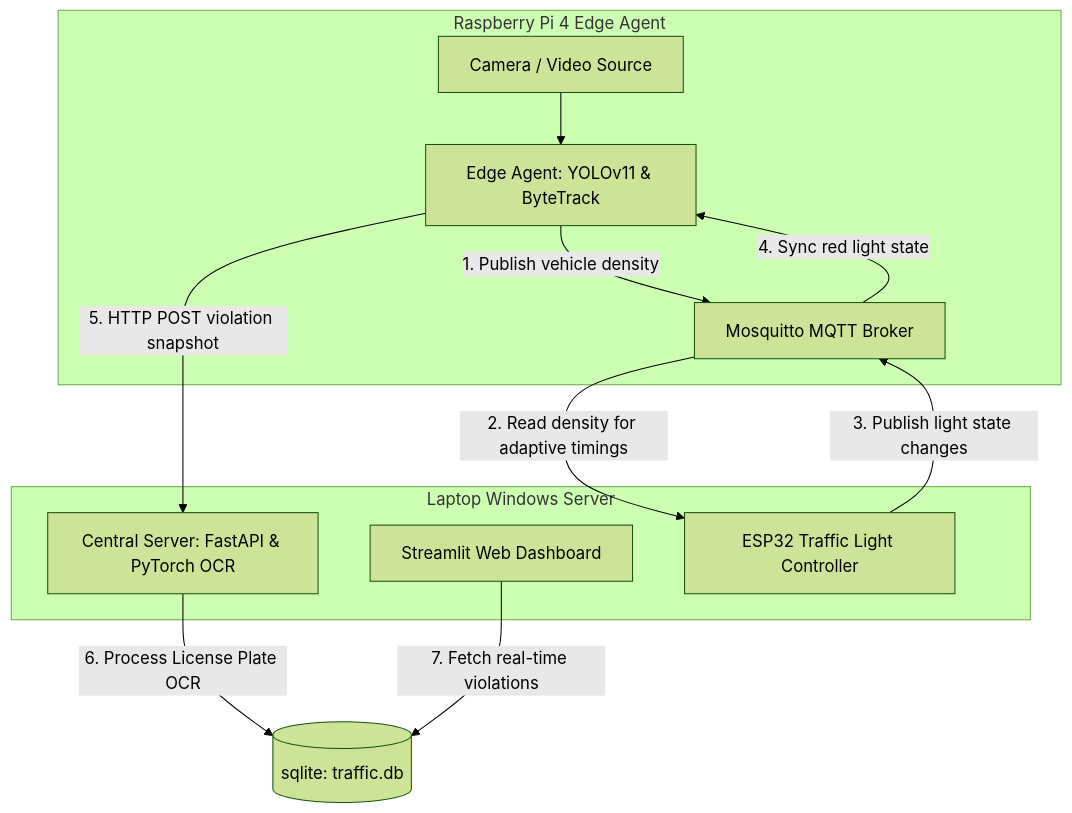
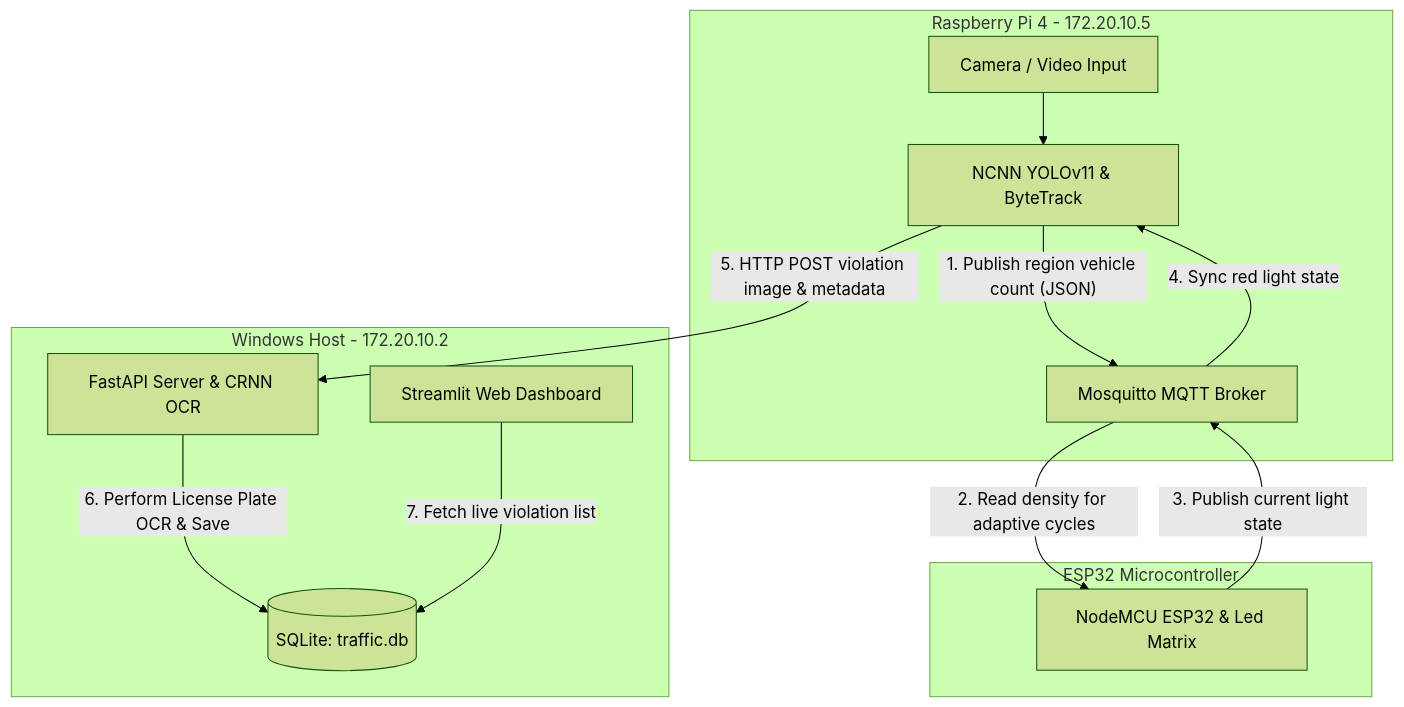
The diagram in README.md (khoitiennguyen0511/traffic_monitoring_vn), drawn with Mermaid (forest theme) before and after one commit. The commit also changed other lines of this file, not shown here.

````diff
--- a/README.md
+++ b/README.md
@@ -8,21 +11,25 @@
 ```mermaid
 graph TD
-    subgraph Edge_Devices [Raspberry Pi 4 Edge Agent]
-        Camera[Camera / Video Source] --> Agent[Edge Agent: YOLOv11 & ByteTrack]
-        MQTT[Mosquitto MQTT Broker]
+    subgraph Edge_Agent [Raspberry Pi 4 - 172.20.10.5]
+        Camera[Camera / Video Input] --> Detection[NCNN YOLOv11 & ByteTrack]
+        MQTTBroker[Mosquitto MQTT Broker]
     end
 
-    subgraph Central_Server [Laptop Windows Server]
-        FastAPI[Central Server: FastAPI & PyTorch OCR]
+    subgraph Central_Laptop [Windows Host - 172.20.10.2]
+        FastAPI[FastAPI Server & CRNN OCR]
         Dashboard[Streamlit Web Dashboard]
-        ESP32[ESP32 Traffic Light Controller]
+        DB[(SQLite: traffic.db)]
     end
 
-    Agent -- 1. Publish vehicle density --> MQTT
-    MQTT -- 2. Read density for adaptive timings --> ESP32
-    ESP32 -- 3. Publish light state changes --> MQTT
-    MQTT -- 4. Sync red light state --> Agent
-    Agent -- 5. HTTP POST violation snapshot --> FastAPI
-    FastAPI -- 6. Process License Plate OCR --> DB[(sqlite: traffic.db)]
-    Dashboard -- 7. Fetch real-time violations --> DB
+    subgraph Controller [ESP32 Microcontroller]
+        ESP32[NodeMCU ESP32 & Led Matrix]
+    end
+
+    Detection -- "1. Publish region vehicle count (JSON)" --> MQTTBroker
+    MQTTBroker -- "2. Read density for adaptive cycles" --> ESP32
+    ESP32 -- "3. Publish current light state" --> MQTTBroker
+    MQTTBroker -- "4. Sync red light state" --> Detection
+    Detection -- "5. HTTP POST violation image & metadata" --> FastAPI
+    FastAPI -- "6. Perform License Plate OCR & Save" --> DB
+    Dashboard -- "7. Fetch live violation list" --> DB
 ```
````
